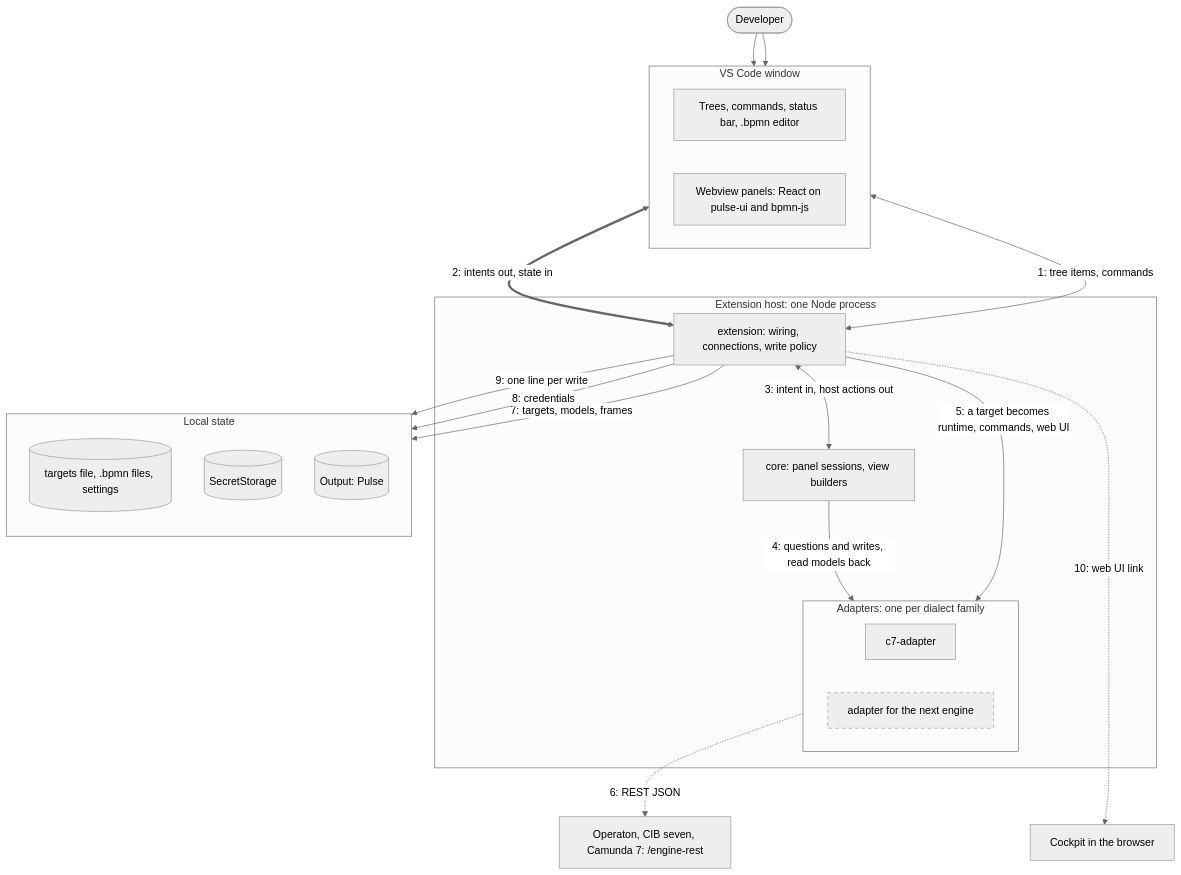
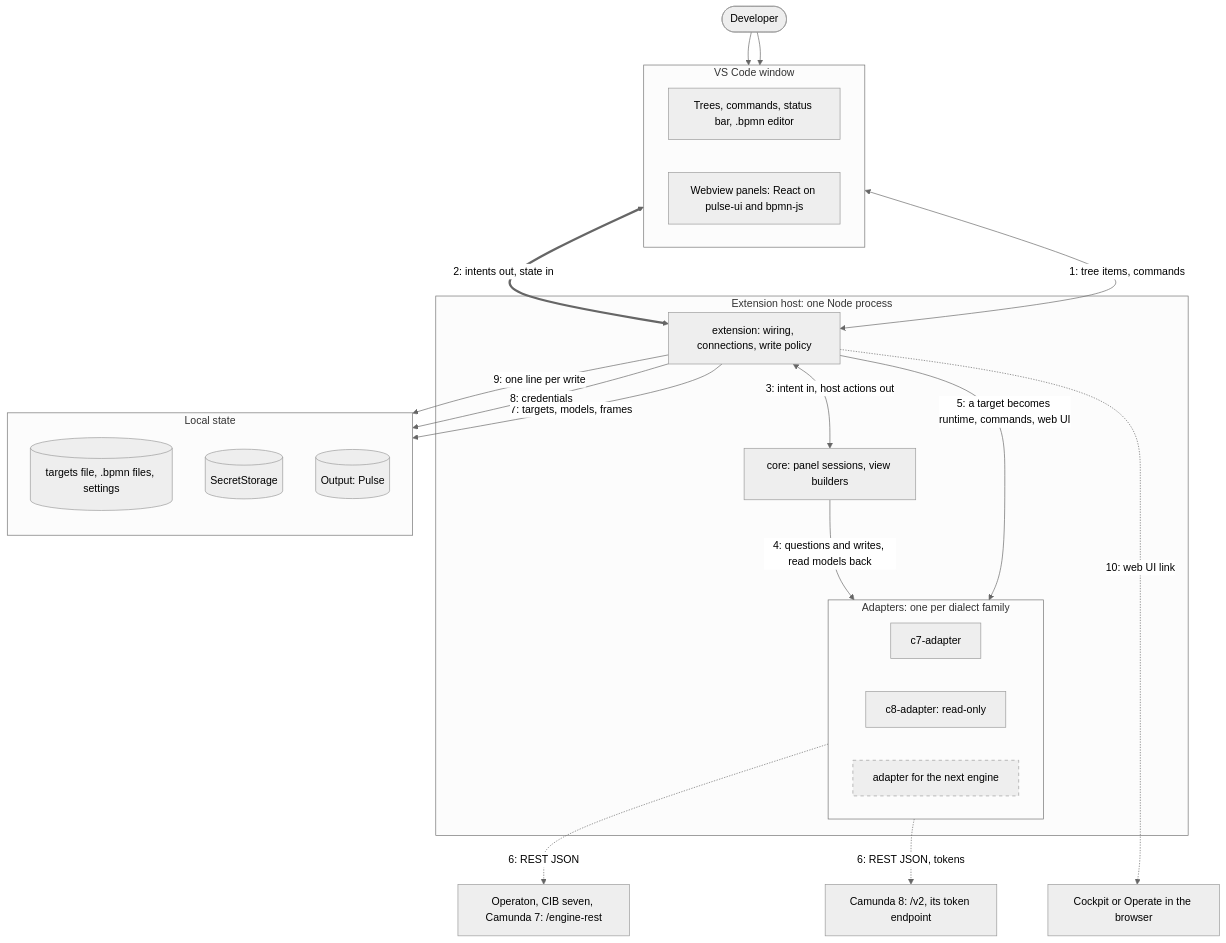
One commit to Miragon/pulse changed the first of 7 diagrams in apps/vscode/docs/architecture-overview.md. Above: the diagram before and after it, drawn with Mermaid (neutral theme). The commit also changed other lines of this file and 30 other files, not shown here.

````diff
--- a/apps/vscode/docs/architecture-overview.md
+++ b/apps/vscode/docs/architecture-overview.md
@@ -8,42 +8,45 @@
 ```mermaid
 flowchart TB
   user([Developer])
   subgraph window [VS Code window]
     direction LR
     workbench["Trees, commands, status bar, .bpmn editor"]
     webview["Webview panels: React on pulse-ui and bpmn-js"]
   end
   subgraph host [Extension host: one Node process]
     extension["extension: wiring, connections, write policy"]
     core["core: panel sessions, view builders"]
     subgraph adapters [Adapters: one per dialect family]
       direction LR
       c7[c7-adapter]
+      c8[c8-adapter: read-only]
       next["adapter for the next engine"]
     end
   end
   subgraph local [Local state]
     direction TB
     files[("targets file, .bpmn files, settings")]
     secrets[("SecretStorage")]
     audit[("Output: Pulse")]
   end
 
   c7engines["Operaton, CIB seven, Camunda 7: /engine-rest"]
-  webui["Cockpit in the browser"]
+  c8cluster["Camunda 8: /v2, its token endpoint"]
+  webui["Cockpit or Operate in the browser"]
 
   user --> workbench & webview
   workbench <-- "1: tree items, commands" --> extension
   webview <== "2: intents out, state in" ==> extension
   extension -- "7: targets, models, frames" --> files
   extension -- "8: credentials" --> secrets
   extension -- "9: one line per write" --> audit
   extension <-- "3: intent in, host actions out" --> core
   extension -- "5: a target becomes runtime, commands, web UI" --> adapters
   extension -. "10: web UI link" .-> webui
   core -- "4: questions and writes, read models back" --> adapters
   c7 -. "6: REST JSON" .-> c7engines
+  c8 -. "6: REST JSON, tokens" .-> c8cluster
   c7 ~~~ webui
   classDef planned stroke-dasharray: 5 5
   class next planned
 ```
````
